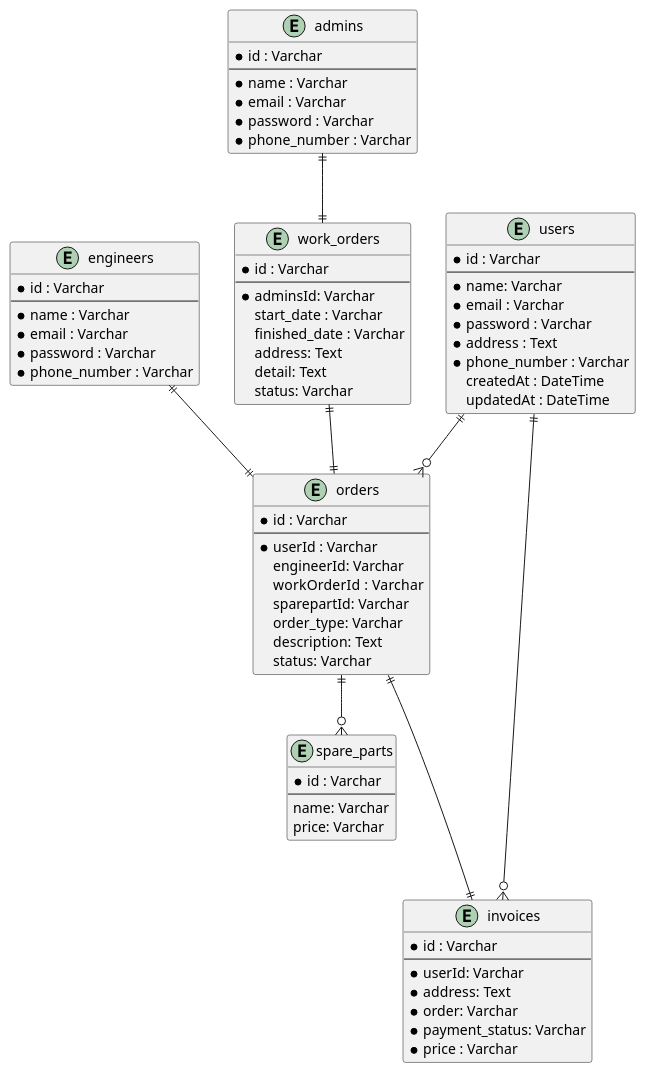
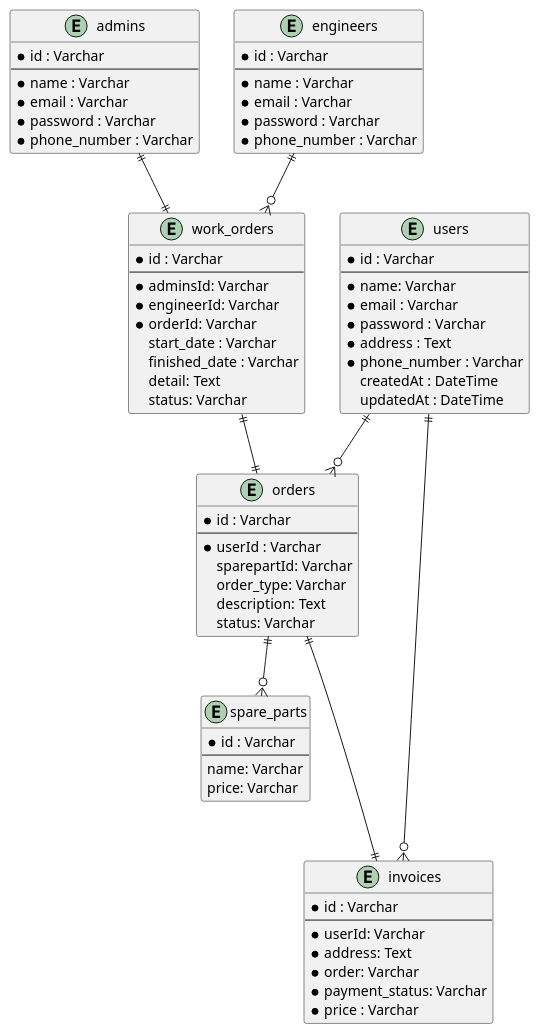
Before and after one commit to resiwicaksono98/restfull-mitik-app: the diagram in JasaAc.puml, drawn with PlantUML. The commit also changed 10 other files, not shown here.

Commit message:
add order user and work order admin

```diff
--- a/JasaAc.puml
+++ b/JasaAc.puml
@@ -1,83 +1,82 @@
 @startuml
 
 entity users {
 	* id : Varchar
 	--
 	* name: Varchar
 	* email : Varchar
 	* password : Varchar
 	* address : Text
 	* phone_number : Varchar
 	createdAt : DateTime
 	updatedAt : DateTime
 }
 
 entity admins {
 	* id : Varchar
 	--
 	* name : Varchar
 	* email : Varchar
 	* password : Varchar
 	* phone_number : Varchar
 }
 
 entity engineers {
 	* id : Varchar
 	--
 	* name : Varchar
 	* email : Varchar
 	* password : Varchar
 	* phone_number : Varchar
 }
 
 entity work_orders {
 	* id : Varchar
 	--
 	* adminsId: Varchar
+	* engineerId: Varchar
+	* orderId: Varchar
 	start_date : Varchar
 	finished_date : Varchar
-	address: Text
 	detail: Text
 	status: Varchar
 }
 
 entity orders {
 	* id : Varchar
 	--
 	* userId : Varchar
-	engineerId: Varchar
-	workOrderId :  Varchar
 	sparepartId: Varchar
 	order_type: Varchar
 	description: Text
 	status: Varchar
 }
 
 entity spare_parts{
 	* id : Varchar
 	--
 	name: Varchar
 	price: Varchar
 }
 
 entity invoices {
 	* id : Varchar
 	--
 	* userId: Varchar
 	* address: Text
 	* order: Varchar
 	* payment_status: Varchar
 	* price : Varchar
 }
 
 users ||--o{ orders
 	admins ||--|| work_orders
 	orders ||--o{ spare_parts
 	orders ||---|| invoices
-	engineers ||--|| orders
+	engineers ||--o{ work_orders
 	work_orders ||--|| orders
 	users ||--o{ invoices
 
 
 
 	@endUml
```
